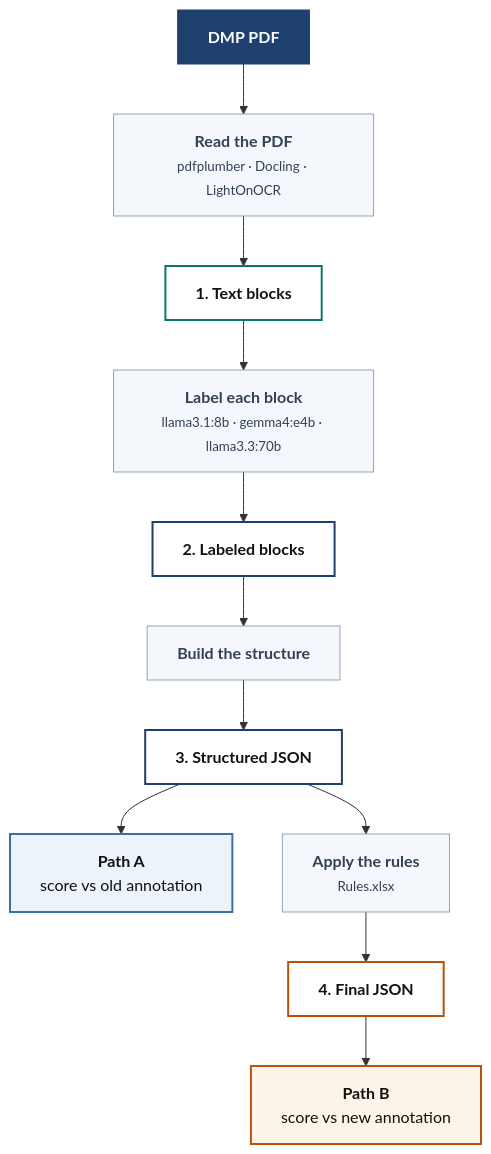
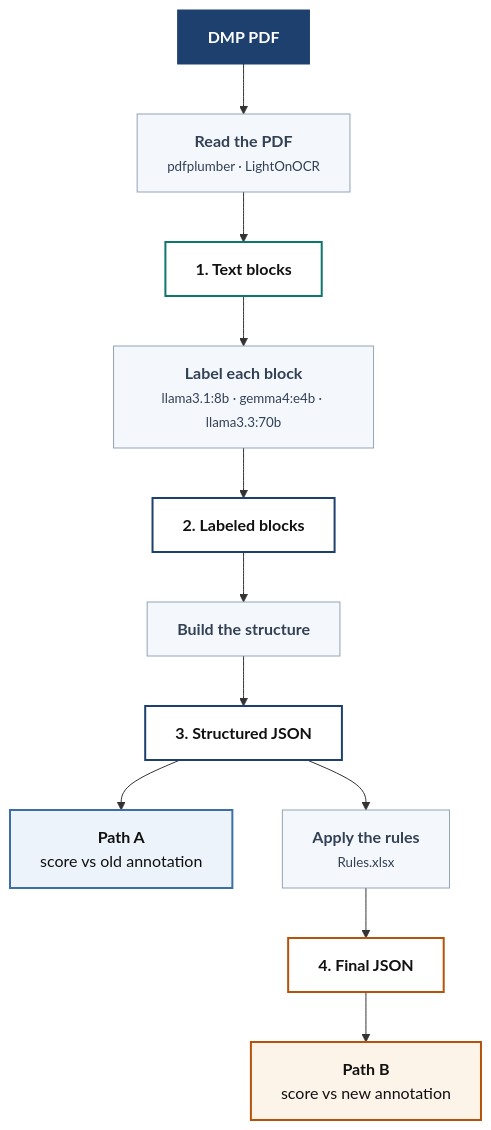
Before and after one commit to fairdataihub/dmpbridge: the diagram in README.md, drawn with Mermaid. The commit also changed other lines of this file and 33 other files, not shown here.

````diff
--- a/README.md
+++ b/README.md
@@ -16,32 +16,32 @@
 ```mermaid
 flowchart TD
     PDF["<b>DMP PDF</b>"]
 
-    PDF --> READ["<b>Read the PDF</b><br/><small>pdfplumber · Docling · LightOnOCR</small>"]
+    PDF --> READ["<b>Read the PDF</b><br/><small>pdfplumber · LightOnOCR</small>"]
     READ --> S1["<b>1. Text blocks</b>"]
     S1 --> LABEL["<b>Label each block</b><br/><small>llama3.1:8b · gemma4:e4b · llama3.3:70b</small>"]
     LABEL --> S2["<b>2. Labeled blocks</b>"]
     S2 --> BUILD["<b>Build the structure</b>"]
     BUILD --> S3["<b>3. Structured JSON</b>"]
 
     S3 --> PATHA["<b>Path A</b><br/>score vs old annotation"]
     S3 --> RULES["<b>Apply the rules</b><br/><small>Rules.xlsx</small>"]
     RULES --> S4["<b>4. Final JSON</b>"]
     S4 --> PATHB["<b>Path B</b><br/>score vs new annotation"]
 
     classDef input  fill:#1E406E,stroke:#1E406E,color:#ffffff
     classDef step   fill:#F4F7FB,stroke:#94A3B8,stroke-width:1px,color:#334155
     classDef cached fill:#ffffff,stroke:#0F766E,stroke-width:2px,color:#111
     classDef data   fill:#ffffff,stroke:#1E406E,stroke-width:2px,color:#111
     classDef rules  fill:#ffffff,stroke:#B45309,stroke-width:2px,color:#111
     classDef pathA  fill:#EDF3FA,stroke:#3C6FA8,stroke-width:2px,color:#111
     classDef pathB  fill:#FDF4E9,stroke:#B45309,stroke-width:2px,color:#111
 
     class PDF input
     class READ,LABEL,BUILD,RULES step
     class S1 cached
     class S2,S3 data
     class S4 rules
     class PATHA pathA
     class PATHB pathB
 ```
````
